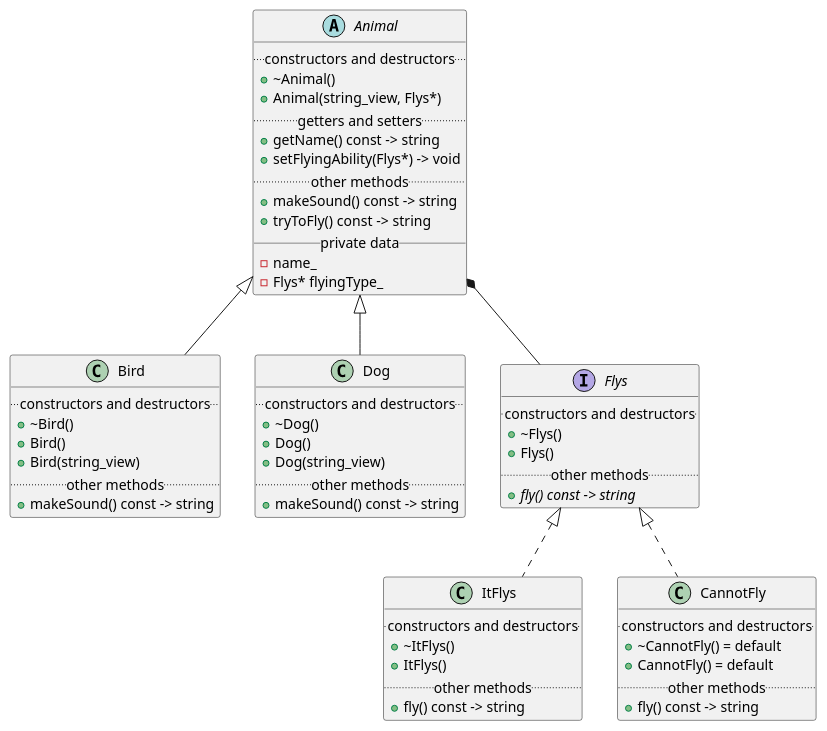
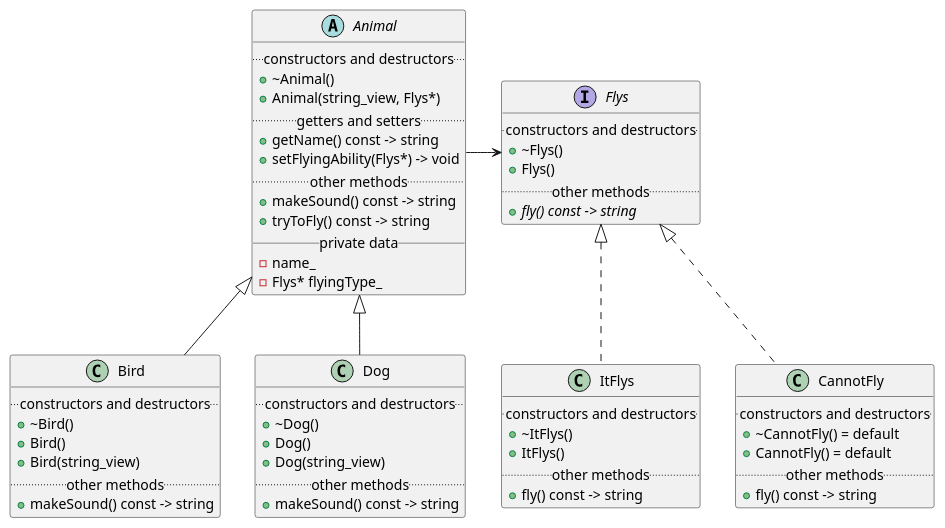
The diagram in DesignPatterns/Strategy/impl.puml (JurajX/Notes), drawn with PlantUML before and after one commit. The commit also changed 7 other files, not shown here.

```diff
--- a/DesignPatterns/Strategy/impl.puml
+++ b/DesignPatterns/Strategy/impl.puml
@@ -1,72 +1,72 @@
 @startuml
 
 abstract class Animal
 {
     .. constructors and destructors ..
     + ~Animal()
     + Animal(string_view, Flys*)
     .. getters and setters ..
     + getName() const -> string
     + setFlyingAbility(Flys*) -> void
     .. other methods ..
     + makeSound() const -> string
     + tryToFly() const -> string
     __ private data __
     - name_
     - Flys* flyingType_
 }
 
 class Bird
 {
     .. constructors and destructors ..
     + ~Bird()
     + Bird()
     + Bird(string_view)
     .. other methods ..
     + makeSound() const -> string
 }
 
 class Dog
 {
     .. constructors and destructors ..
     + ~Dog()
     + Dog()
     + Dog(string_view)
     .. other methods ..
     + makeSound() const -> string
 }
 
 Animal <|-- Bird
 Animal <|-- Dog
 
 interface Flys
 {
     .. constructors and destructors ..
     + ~Flys()
     + Flys()
     .. other methods ..
     + {abstract} fly() const -> string
 }
 
 class ItFlys
 {
     .. constructors and destructors ..
     + ~ItFlys()
     + ItFlys()
     .. other methods ..
     + fly() const -> string
 }
 class CannotFly
 {
     .. constructors and destructors ..
     + ~CannotFly() = default
     + CannotFly() = default
     .. other methods ..
     + fly() const -> string
 }
 
-Animal *-- Flys
+Animal -> Flys
 Flys <|.. ItFlys
 Flys <|.. CannotFly
 
 @enduml
```
